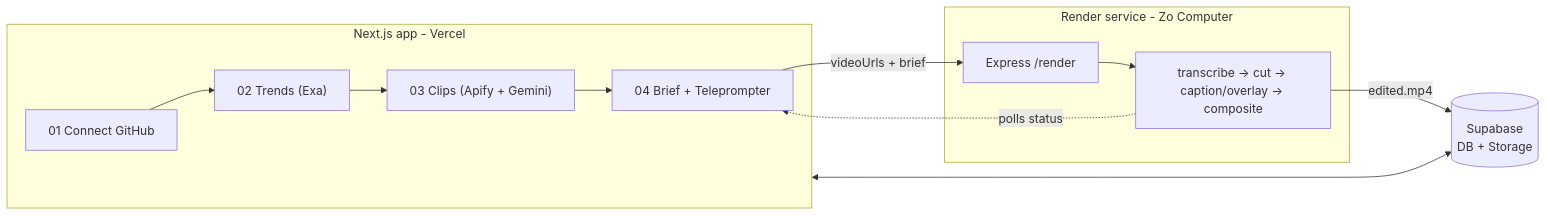
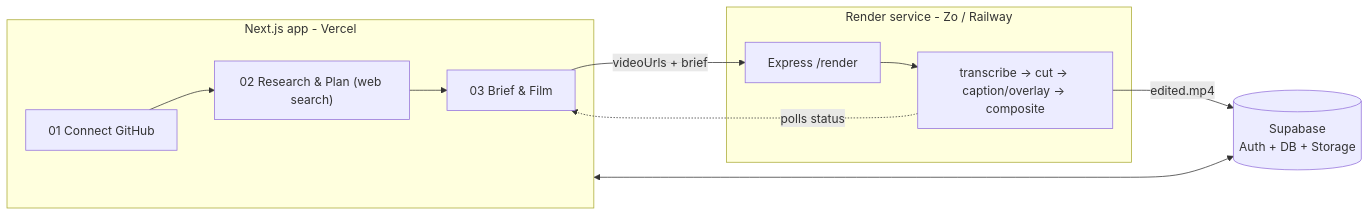
One commit to abel123code/proof changed the diagram in README.md. Above: the diagram before and after it, drawn with Mermaid. The commit also changed other lines of this file and 73 other files, not shown here.

````diff
--- a/README.md
+++ b/README.md
@@ -25,21 +27,20 @@
 ```mermaid
 flowchart LR
   subgraph web [Next.js app - Vercel]
     connect["01 Connect GitHub"]
-    trends["02 Trends (Exa)"]
-    clips["03 Clips (Apify + Gemini)"]
-    brief["04 Brief + Teleprompter"]
+    research["02 Research & Plan (web search)"]
+    brief["03 Brief & Film"]
   end
-  subgraph render [Render service - Zo Computer]
+  subgraph render [Render service - Zo / Railway]
     api["Express /render"]
     job["transcribe → cut → caption/overlay → composite"]
   end
-  supa[("Supabase\nDB + Storage")]
+  supa[("Supabase\nAuth + DB + Storage")]
 
-  connect --> trends --> clips --> brief
+  connect --> research --> brief
   brief -- "videoUrls + brief" --> api
   api --> job
   job -- "edited.mp4" --> supa
   web <--> supa
   job -. "polls status" .-> brief
 ```
````
